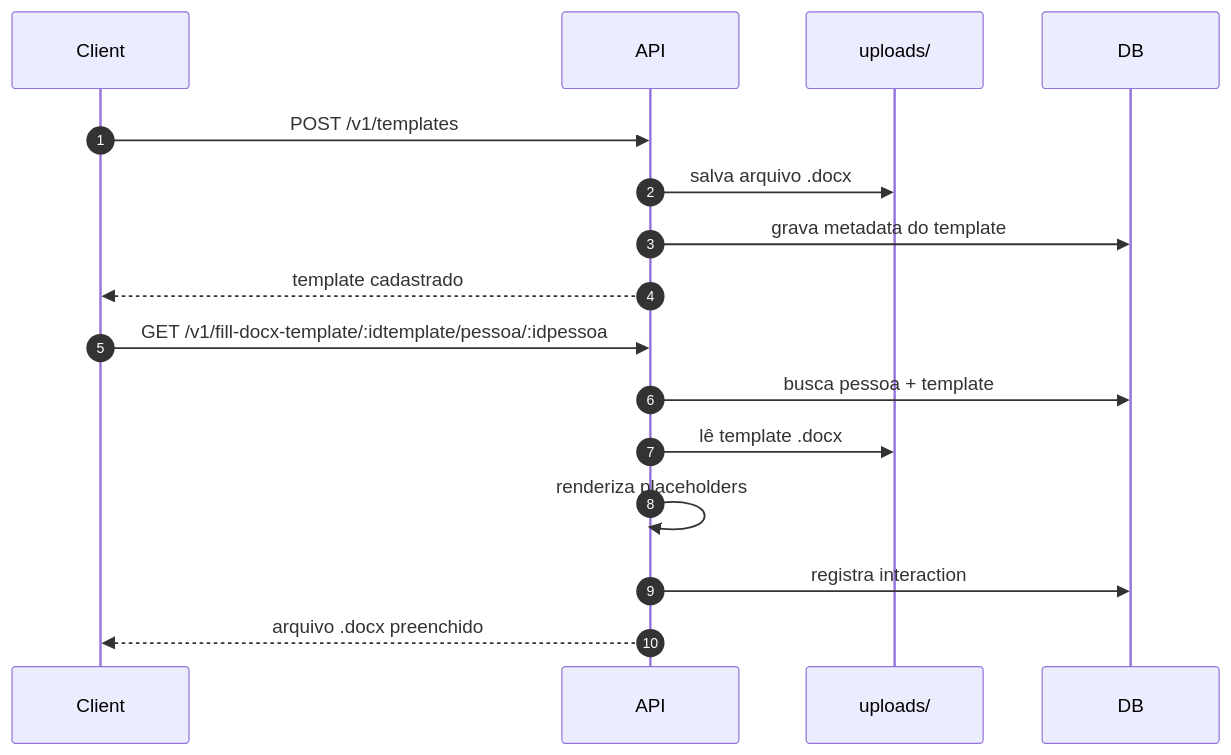
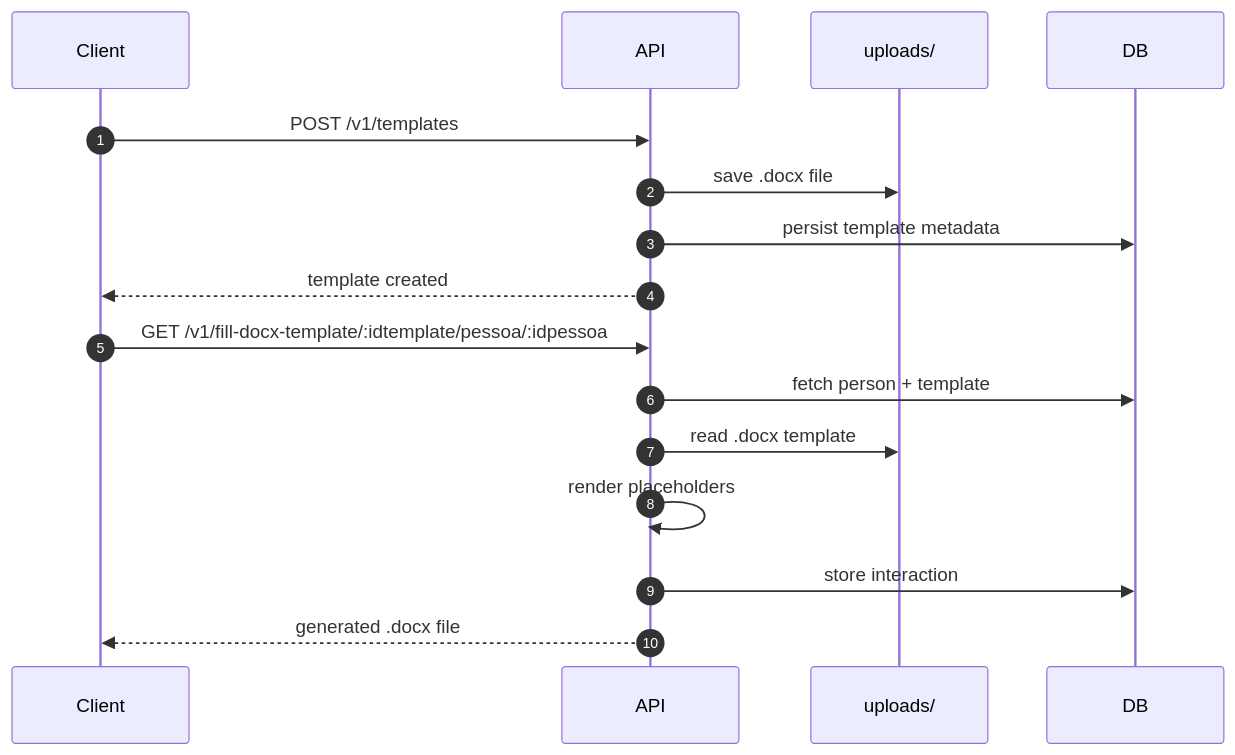
Before and after one commit to teixeira308/doc-filler-api-js: the third of 4 diagrams in README.md, drawn with Mermaid. The commit also changed other lines of this file, not shown here.

````diff
--- a/README.md
+++ b/README.md
@@ -131,20 +131,20 @@
 ```mermaid
 sequenceDiagram
     autonumber
     participant Client
     participant API
     participant FS as uploads/
     participant DB
 
     Client->>API: POST /v1/templates
-    API->>FS: salva arquivo .docx
-    API->>DB: grava metadata do template
-    API-->>Client: template cadastrado
+    API->>FS: save .docx file
+    API->>DB: persist template metadata
+    API-->>Client: template created
 
     Client->>API: GET /v1/fill-docx-template/:idtemplate/pessoa/:idpessoa
-    API->>DB: busca pessoa + template
-    API->>FS: lê template .docx
-    API->>API: renderiza placeholders
-    API->>DB: registra interaction
-    API-->>Client: arquivo .docx preenchido
+    API->>DB: fetch person + template
+    API->>FS: read .docx template
+    API->>API: render placeholders
+    API->>DB: store interaction
+    API-->>Client: generated .docx file
 ```
````
